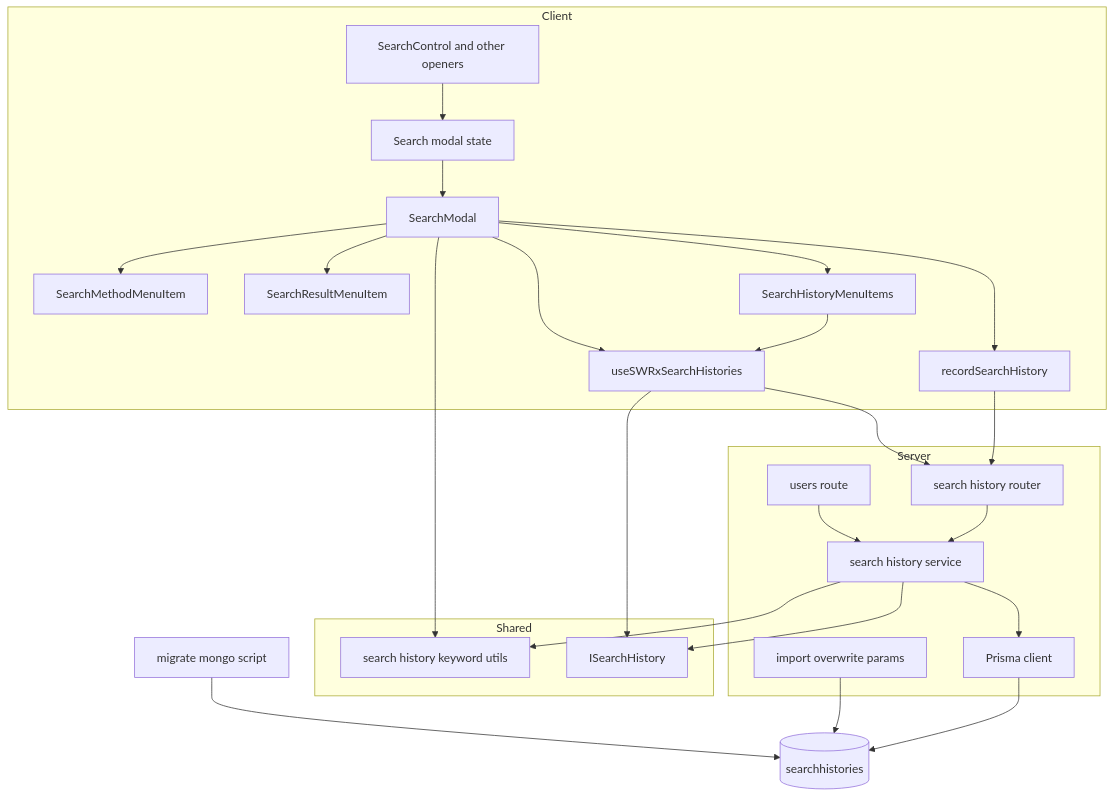
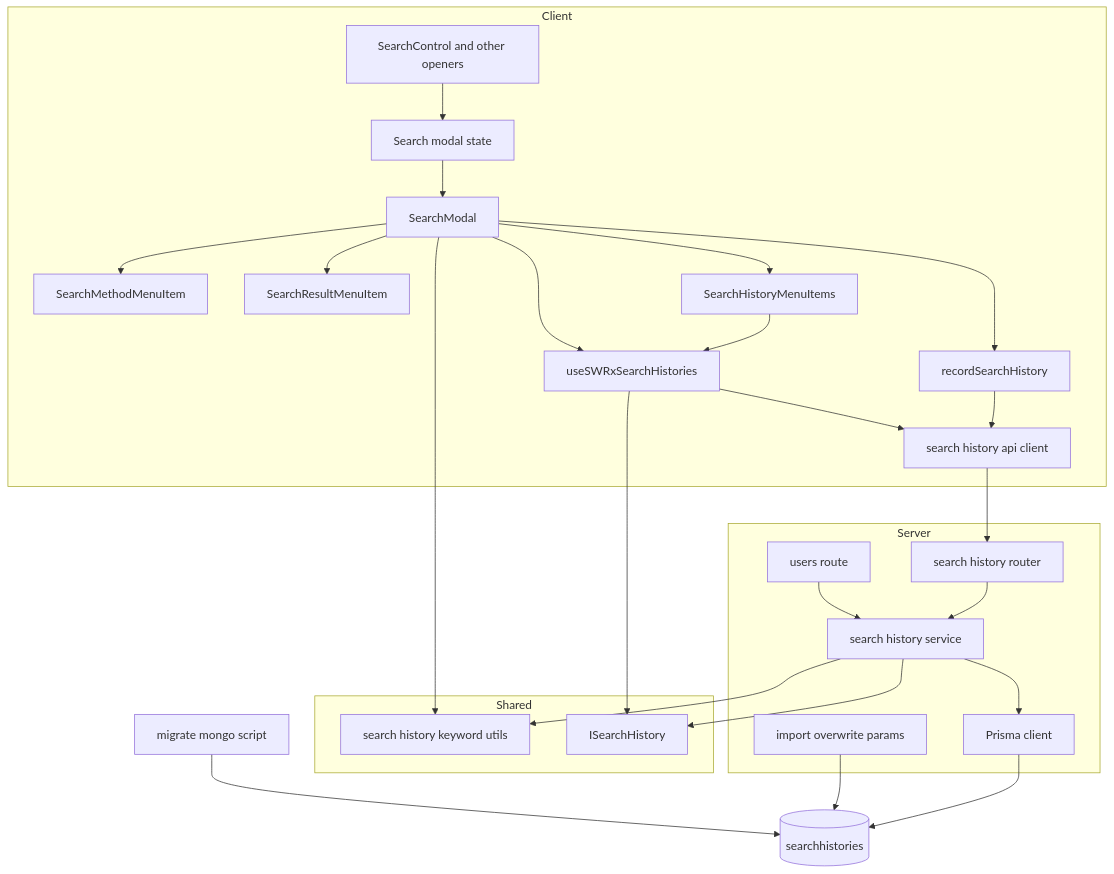
Before and after one commit to growilabs/growi: the first of 3 diagrams in .kiro/specs/search-history/design.md, drawn with Mermaid. The commit also changed other lines of this file and 22 other files, not shown here.

Commit message:
fix(search-history): address code review feedback

````diff
--- a/.kiro/specs/search-history/design.md
+++ b/.kiro/specs/search-history/design.md
@@ -61,47 +61,49 @@
 ```mermaid
 graph TB
     subgraph Client
         Opener[SearchControl and other openers]
         ModalState[Search modal state]
         Modal[SearchModal]
         MethodItems[SearchMethodMenuItem]
         ResultItems[SearchResultMenuItem]
         HistoryItems[SearchHistoryMenuItems]
         Store[useSWRxSearchHistories]
         Recorder[recordSearchHistory]
+        SearchHistoryApi[search history api client]
     end
     subgraph Shared
         Keyword[search history keyword utils]
         Types[ISearchHistory]
     end
     subgraph Server
         Router[search history router]
         Service[search history service]
         Prisma[Prisma client]
         Users[users route]
         Import[import overwrite params]
     end
     Mongo[(searchhistories)]
     Migration[migrate mongo script]
 
     Opener --> ModalState
     ModalState --> Modal
     Modal --> MethodItems
     Modal --> ResultItems
     Modal --> HistoryItems
     Modal --> Recorder
     HistoryItems --> Store
     Modal --> Store
-    Recorder --> Router
-    Store --> Router
+    Recorder --> SearchHistoryApi
+    Store --> SearchHistoryApi
+    SearchHistoryApi --> Router
     Router --> Service
     Users --> Service
     Service --> Prisma
     Prisma --> Mongo
     Import --> Mongo
     Migration --> Mongo
     Modal --> Keyword
     Service --> Keyword
     Store --> Types
     Service --> Types
 ```
````
